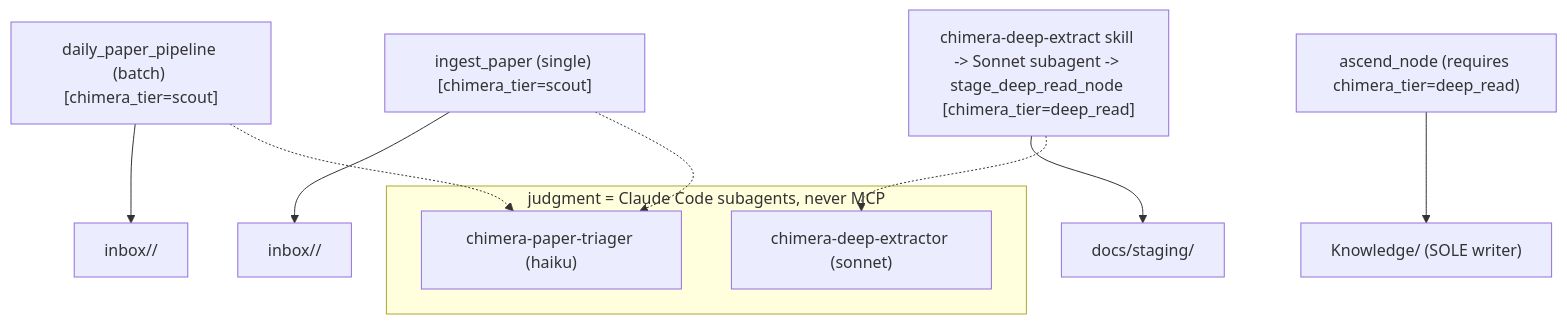
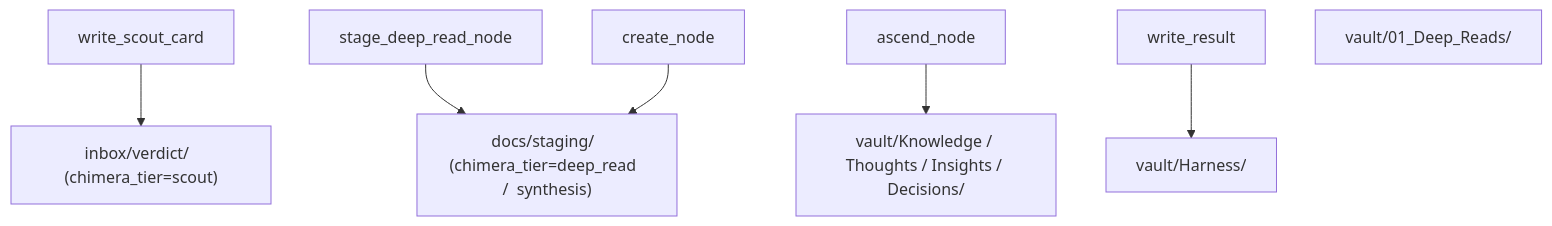
The diagram in docs/ARCHITECTURE/ARCHITECTURE.md (Hzeristo/chimera-lite), drawn with Mermaid before and after one commit. The commit also changed other lines of this file and 4 other files, not shown here.

````diff
--- a/docs/ARCHITECTURE/ARCHITECTURE.md
+++ b/docs/ARCHITECTURE/ARCHITECTURE.md
@@ -50,15 +75,13 @@
 ```mermaid
 flowchart TD
-    subgraph judgment["judgment = Claude Code subagents, never MCP"]
-        triager["chimera-paper-triager (haiku)"]
-        extractor["chimera-deep-extractor (sonnet)"]
-    end
-
-    scout_batch["daily_paper_pipeline (batch) [chimera_tier=scout]"] --> scout_batch_dest["inbox/<verdict>/"]
-    scout_single["ingest_paper (single) [chimera_tier=scout]"] --> scout_single_dest["inbox/<verdict>/"]
-    deep_read["chimera-deep-extract skill -> Sonnet subagent -> stage_deep_read_node [chimera_tier=deep_read]"] --> deep_read_dest["docs/staging/"]
-    ascension["ascend_node (requires chimera_tier=deep_read)"] --> ascension_dest["Knowledge/ (SOLE writer)"]
-    scout_batch -.-> triager
-    scout_single -.-> triager
-    deep_read -.-> extractor
+    inbox_dest["inbox/verdict/  (chimera_tier=scout)"]
+    tool_write_scout_card["write_scout_card"] --> inbox_dest
+    staging_dest["docs/staging/  (chimera_tier=deep_read  /  synthesis)"]
+    tool_stage_deep_read_node["stage_deep_read_node"] --> staging_dest
+    tool_create_node["create_node"] --> staging_dest
+    committed_dest["vault/Knowledge / Thoughts / Insights / Decisions/"]
+    tool_ascend_node["ascend_node"] --> committed_dest
+    harness_dest["vault/Harness/"]
+    tool_write_result["write_result"] --> harness_dest
+    deep_reads_legacy_dest["vault/01_Deep_Reads/"]
 ```
````
